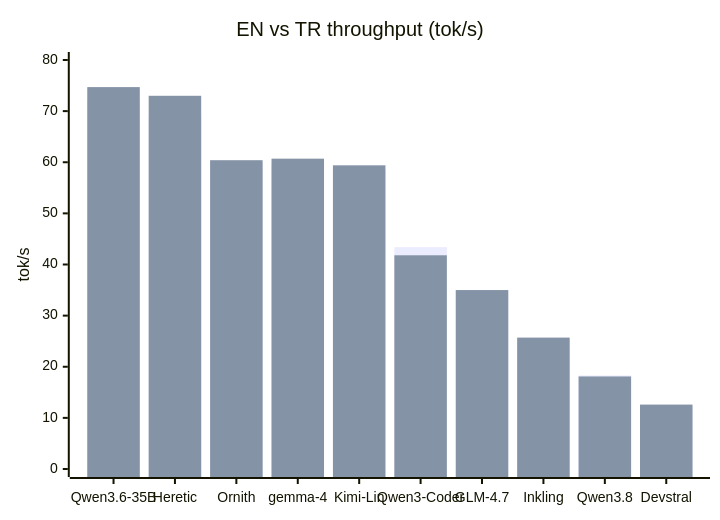
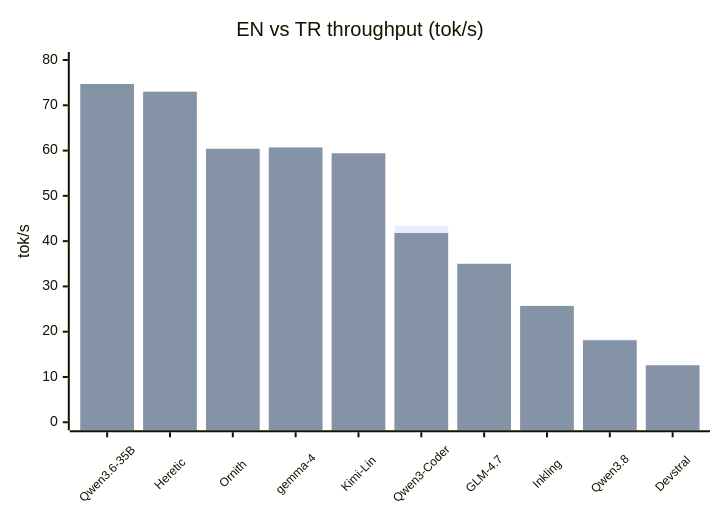
One commit to mahirfatih/omlx-m1-max-benchmark changed the second of 2 diagrams in docs/reference/RESULTS.md. Above: the diagram before and after it, drawn with Mermaid. The commit also changed other lines of this file and 2 other files, not shown here.

First line of the commit message:
docs: make bar-chart model names readable

````diff
--- a/docs/reference/RESULTS.md
+++ b/docs/reference/RESULTS.md
@@ -52,8 +52,9 @@
 ```mermaid
+%%{init: {"xyChart": {"xAxis": {"labelRotation": -45, "labelFontSize": 12}}}}%%
 xychart-beta
     title "EN vs TR throughput (tok/s)"
     x-axis ["Qwen3.6-35B", "Heretic", "Ornith", "gemma-4", "Kimi-Lin", "Qwen3-Coder", "GLM-4.7", "Inkling", "Qwen3.8", "Devstral"]
     y-axis "tok/s" 0 --> 80
     bar [72.2, 69.2, 60.0, 59.5, 58.5, 43.4, 34.9, 25.1, 18.3, 12.3]
     bar [74.7, 73.0, 60.4, 60.7, 59.4, 41.8, 35.0, 25.7, 18.1, 12.6]
 ```
````
